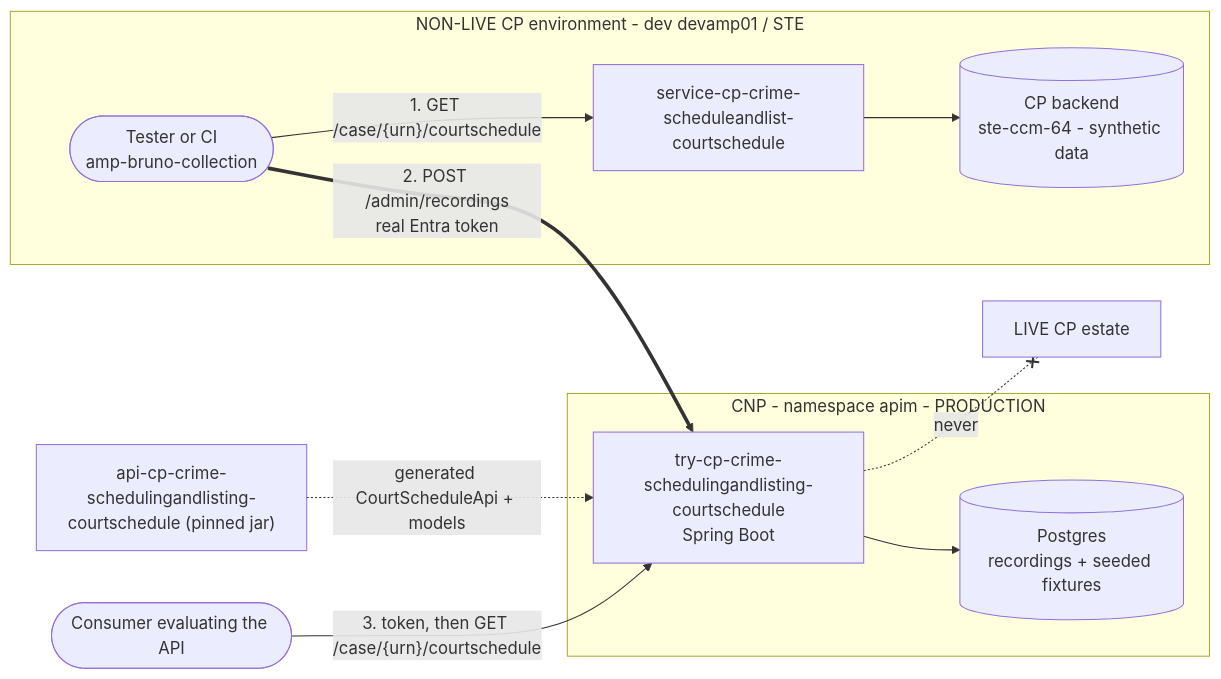
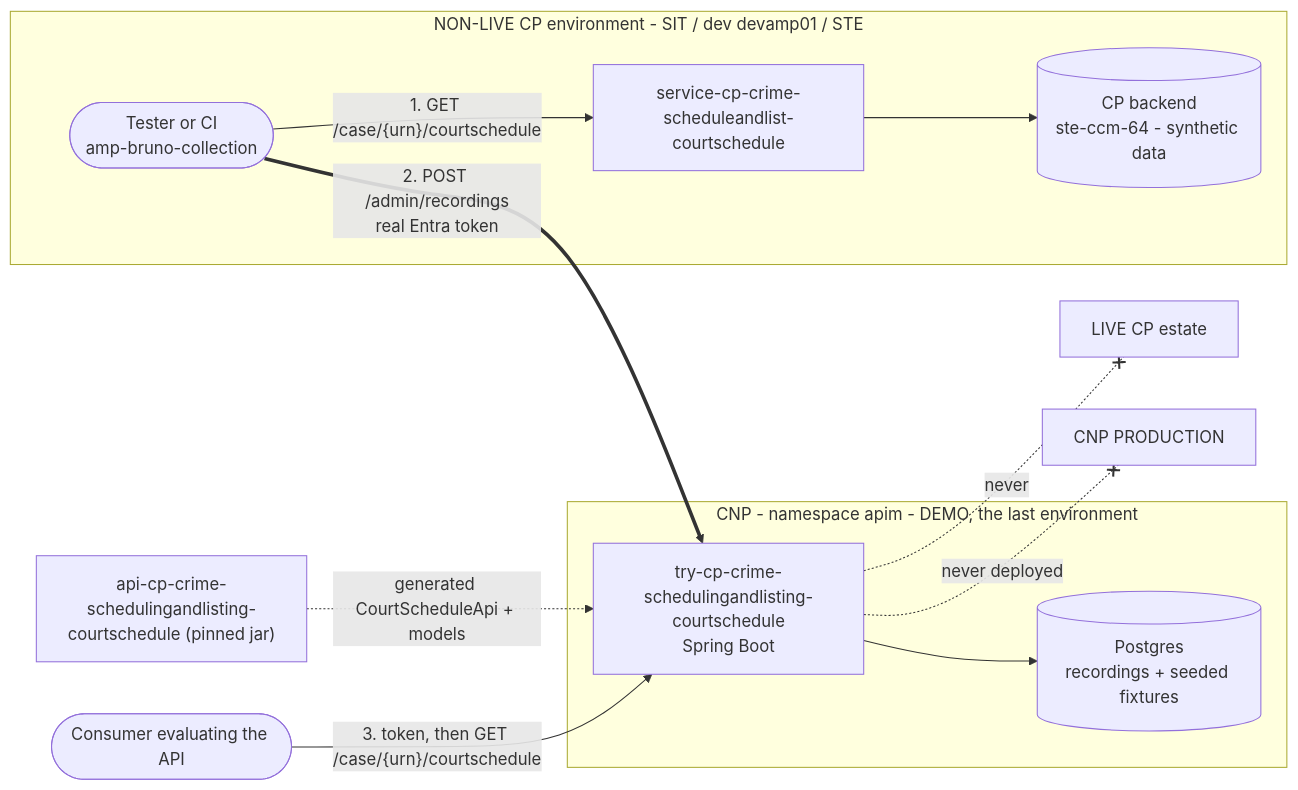
One commit to hmcts/try-cp-crime-schedulingandlisting-courtschedule changed the first of 4 diagrams in README.md. Above: the diagram before and after it, drawn with Mermaid. The commit also changed other lines of this file and 3 other files, not shown here.

First line of the commit message:
Demo is the last environment; there is no production deployment

````diff
--- a/README.md
+++ b/README.md
@@ -34,27 +38,29 @@
 ```mermaid
 flowchart LR
   CONS(["Consumer evaluating the API"])
 
-  subgraph LOWER["NON-LIVE CP environment - dev devamp01 / STE"]
+  subgraph LOWER["NON-LIVE CP environment - SIT / dev devamp01 / STE"]
     CAP(["Tester or CI<br/>amp-bruno-collection"])
     SVC["service-cp-crime-scheduleandlist-<br/>courtschedule"]
     CPB[("CP backend<br/>ste-ccm-64 - synthetic data")]
     CAP -- "1. GET /case/{urn}/courtschedule" --> SVC
     SVC --> CPB
   end
 
-  subgraph CNP["CNP - namespace apim - PRODUCTION"]
+  subgraph CNP["CNP - namespace apim - DEMO, the last environment"]
     TIN["try-cp-crime-<br/>schedulingandlisting-courtschedule<br/>Spring Boot"]
     STUB[("Postgres<br/>recordings + seeded fixtures")]
     TIN --> STUB
   end
 
   CONTRACT["api-cp-crime-schedulingandlisting-<br/>courtschedule (pinned jar)"]
 
   CONTRACT -. "generated CourtScheduleApi + models" .-> TIN
   CAP == "2. POST /admin/recordings<br/>real Entra token" ==> TIN
   CONS -- "3. token, then GET /case/{urn}/courtschedule" --> TIN
 
   LIVE["LIVE CP estate"]
+  PRODX["CNP PRODUCTION"]
   TIN -. "never" .-x LIVE
+  TIN -. "never deployed" .-x PRODX
 ```
````
